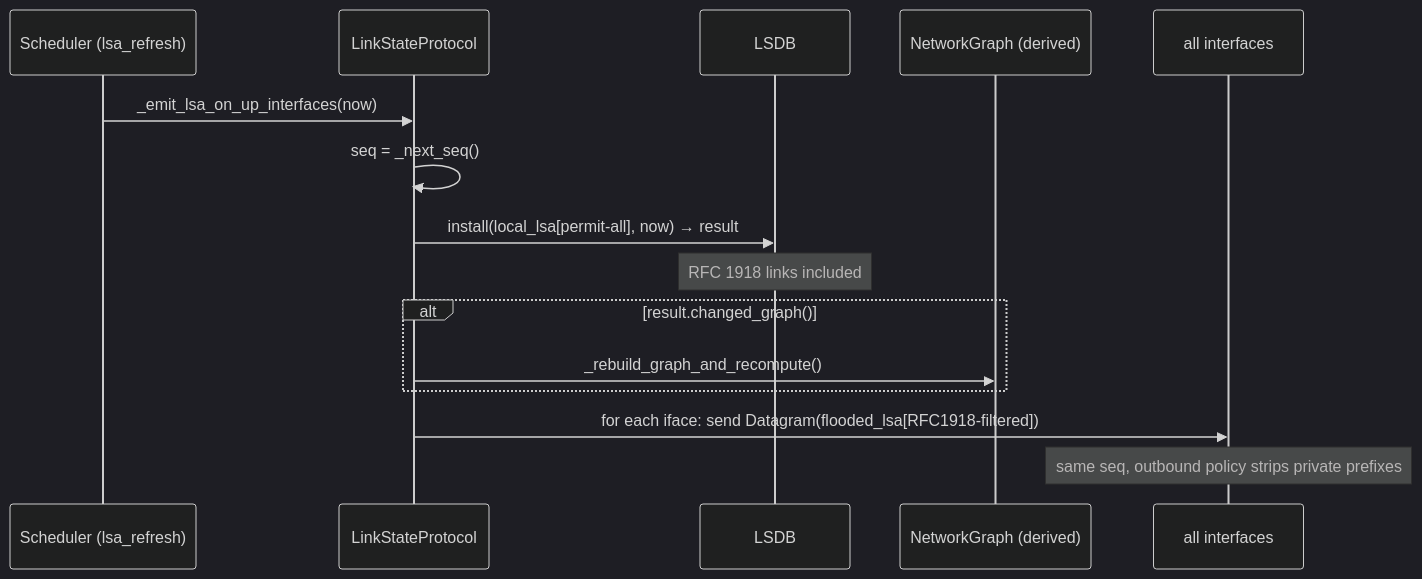
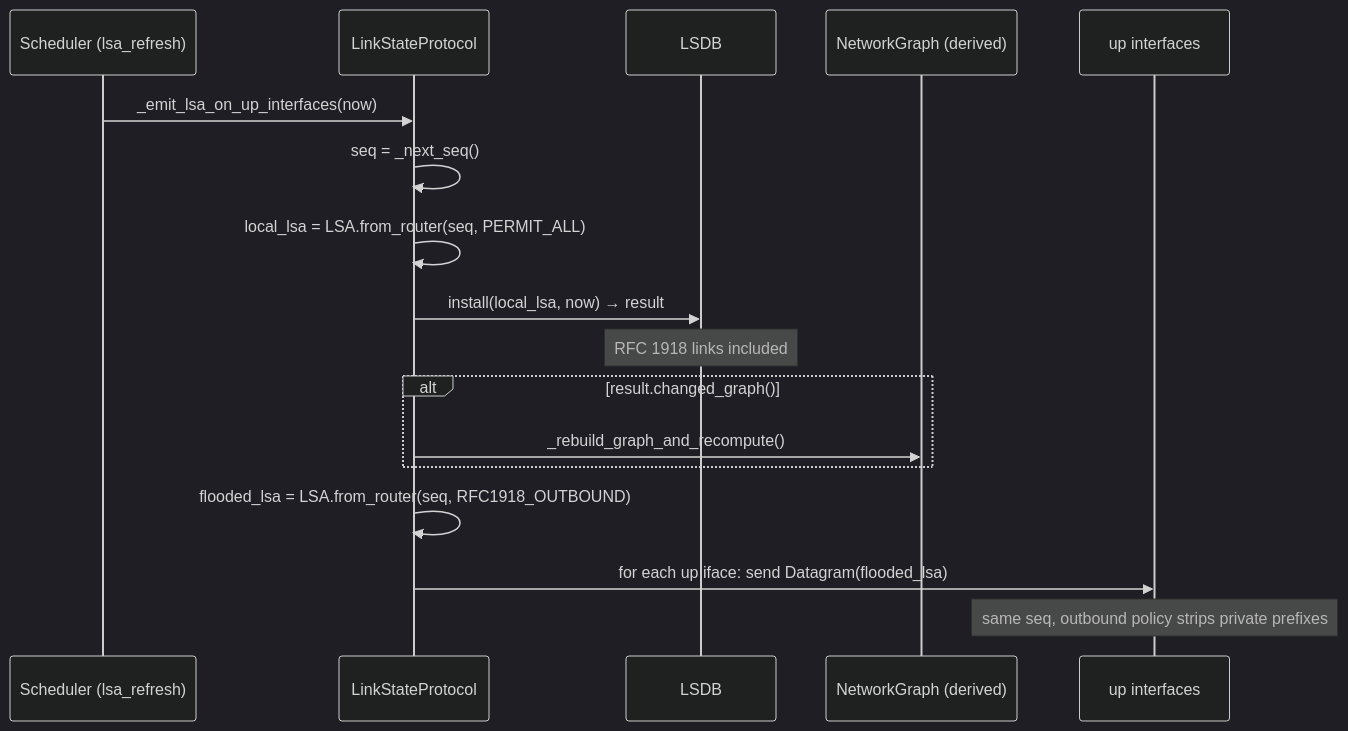
One commit to lukius/loom changed the first of 3 diagrams in docs/architecture/routing-protocol.md. Above: the diagram before and after it, drawn with Mermaid (dark theme). The commit also changed other lines of this file, not shown here.

Commit message:
docs(architecture): fix halt order and max-age scope, expand routing-protocol

````diff
--- a/docs/architecture/routing-protocol.md
+++ b/docs/architecture/routing-protocol.md
@@ -168,18 +188,20 @@
 ```mermaid
 sequenceDiagram
   participant Sched as Scheduler (lsa_refresh)
   participant Proto as LinkStateProtocol
   participant DB as LSDB
   participant G as NetworkGraph (derived)
-  participant IFs as all interfaces
+  participant IFs as up interfaces
 
   Sched->>Proto: _emit_lsa_on_up_interfaces(now)
   Proto->>Proto: seq = _next_seq()
-  Proto->>DB: install(local_lsa[permit-all], now) → result
+  Proto->>Proto: local_lsa = LSA.from_router(seq, PERMIT_ALL)
+  Proto->>DB: install(local_lsa, now) → result
   note over DB: RFC 1918 links included
   alt result.changed_graph()
     Proto->>G: _rebuild_graph_and_recompute()
   end
-  Proto->>IFs: for each iface: send Datagram(flooded_lsa[RFC1918-filtered])
+  Proto->>Proto: flooded_lsa = LSA.from_router(seq, RFC1918_OUTBOUND)
+  Proto->>IFs: for each up iface: send Datagram(flooded_lsa)
   note over IFs: same seq, outbound policy strips private prefixes
 ```
````
